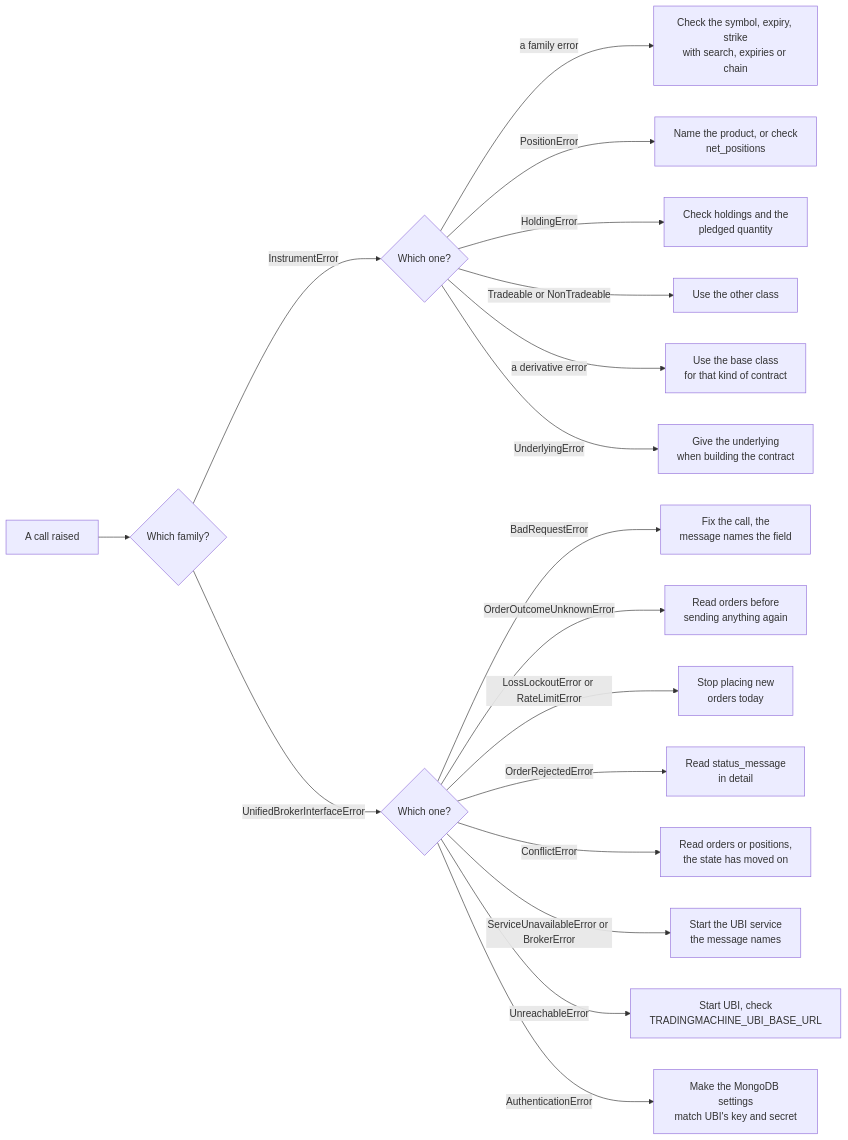
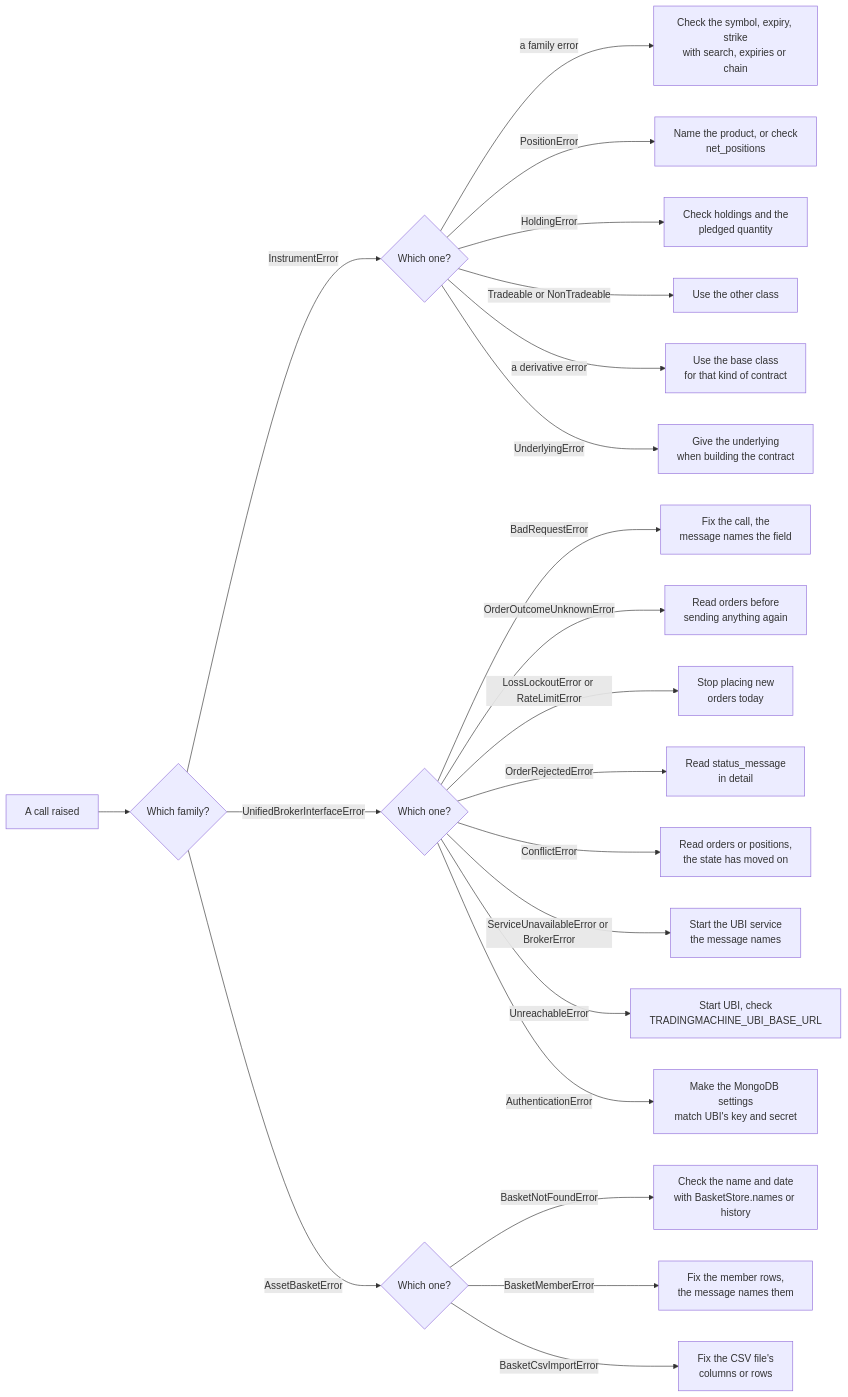
Before and after one commit to pramodathani/tradingmachine: the third of 4 diagrams in docs/python-api/errors.md, drawn with Mermaid. The commit also changed other lines of this file and 29 other files, not shown here.

````diff
--- a/docs/python-api/errors.md
+++ b/docs/python-api/errors.md
@@ -137,20 +138,24 @@
 ```mermaid
 flowchart LR
     A["A call raised"] --> B{"Which family?"}
     B -- "InstrumentError" --> C{"Which one?"}
     C -- "a family error" --> C1["Check the symbol, expiry, strike<br/>with search, expiries or chain"]
     C -- "PositionError" --> C2["Name the product, or check<br/>net_positions"]
     C -- "HoldingError" --> C3["Check holdings and the<br/>pledged quantity"]
     C -- "Tradeable or NonTradeable" --> C4["Use the other class"]
     C -- "a derivative error" --> C5["Use the base class<br/>for that kind of contract"]
     C -- "UnderlyingError" --> C6["Give the underlying<br/>when building the contract"]
     B -- "UnifiedBrokerInterfaceError" --> D{"Which one?"}
     D -- "BadRequestError" --> D1["Fix the call, the<br/>message names the field"]
     D -- "OrderOutcomeUnknownError" --> D2["Read orders before<br/>sending anything again"]
     D -- "LossLockoutError or RateLimitError" --> D3["Stop placing new<br/>orders today"]
     D -- "OrderRejectedError" --> D4["Read status_message<br/>in detail"]
     D -- "ConflictError" --> D5["Read orders or positions,<br/>the state has moved on"]
     D -- "ServiceUnavailableError or BrokerError" --> D6["Start the UBI service<br/>the message names"]
     D -- "UnreachableError" --> D7["Start UBI, check<br/>TRADINGMACHINE_UBI_BASE_URL"]
     D -- "AuthenticationError" --> D9["Make the MongoDB settings<br/>match UBI's key and secret"]
+    B -- "AssetBasketError" --> E{"Which one?"}
+    E -- "BasketNotFoundError" --> E1["Check the name and date<br/>with BasketStore.names or history"]
+    E -- "BasketMemberError" --> E2["Fix the member rows,<br/>the message names them"]
+    E -- "BasketCsvImportError" --> E3["Fix the CSV file's<br/>columns or rows"]
 ```
````
